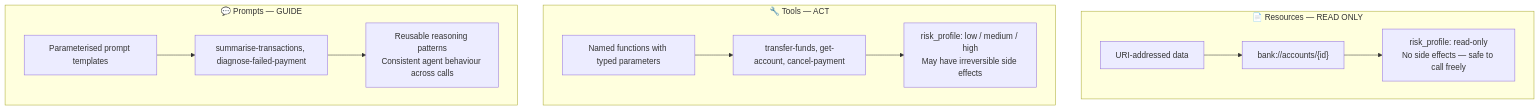
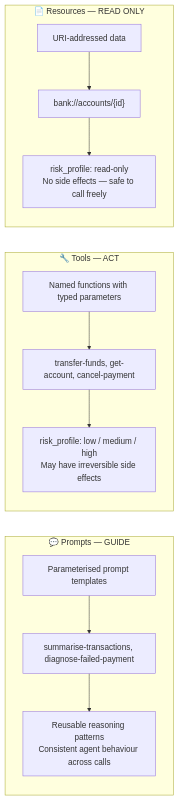
Before and after one commit to romangurevitch/GoTraining: the third of 7 diagrams in internal/fundamentals/the-agentic-future/02-model-context-protocol.md, drawn with Mermaid. The commit also changed other lines of this file and 20 other files, not shown here.

````diff
--- a/internal/fundamentals/the-agentic-future/02-model-context-protocol.md
+++ b/internal/fundamentals/the-agentic-future/02-model-context-protocol.md
@@ -81,23 +91,30 @@
 ```mermaid
-graph TB
+graph TD
     subgraph Resources["📄 Resources — READ ONLY"]
+        direction TB
         R1["URI-addressed data"]
         R2["bank://accounts/{id}"]
         R3["risk_profile: read-only<br/>No side effects — safe to call freely"]
         R1 --> R2 --> R3
     end
 
+    Resources ~~~ Tools
+
     subgraph Tools["🔧 Tools — ACT"]
+        direction TB
         T1["Named functions with typed parameters"]
         T2["transfer-funds, get-account, cancel-payment"]
         T3["risk_profile: low / medium / high<br/>May have irreversible side effects"]
         T1 --> T2 --> T3
     end
 
+    Tools ~~~ Prompts
+
     subgraph Prompts["💬 Prompts — GUIDE"]
+        direction TB
         P1["Parameterised prompt templates"]
         P2["summarise-transactions, diagnose-failed-payment"]
         P3["Reusable reasoning patterns<br/>Consistent agent behaviour across calls"]
         P1 --> P2 --> P3
     end
 ```
````
